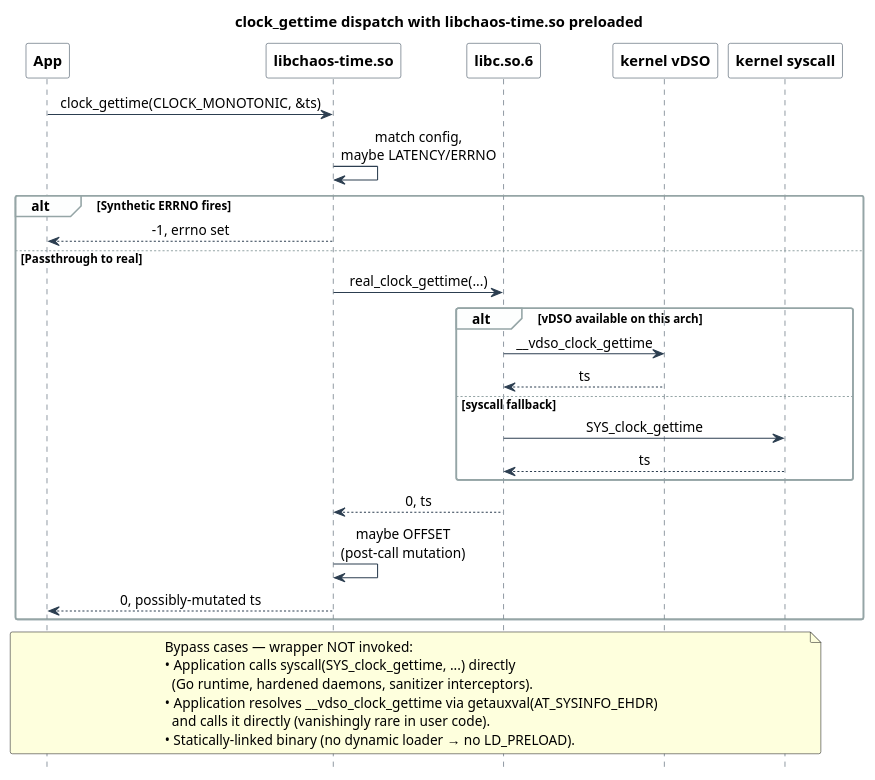
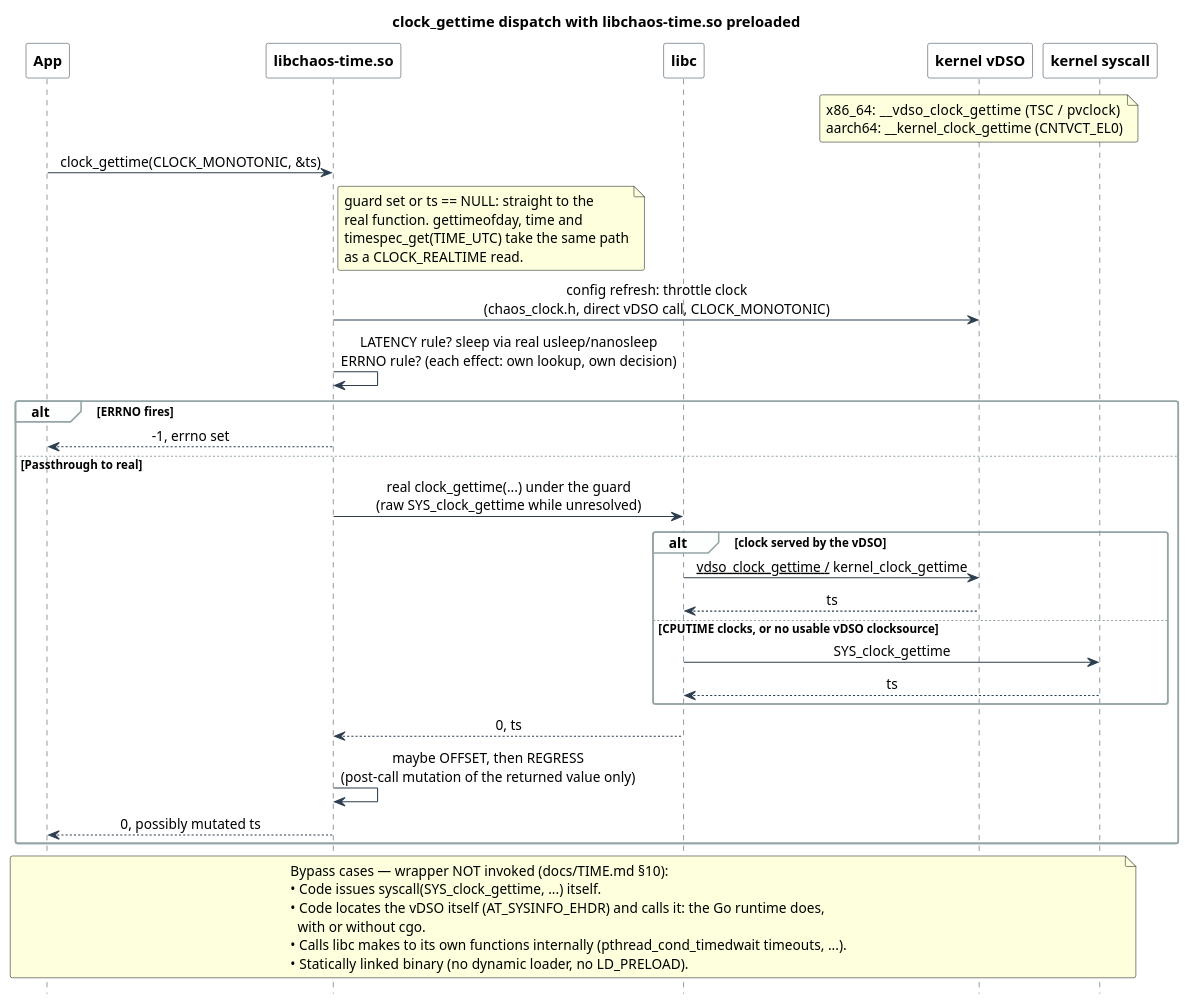
One commit to macstab/macstab-chaos-testing-libraries changed the diagram in docs/diagrams/vdso.puml. Above: the diagram before and after it, drawn with PlantUML. The commit also changed 14 other files, not shown here.

Commit message:
docs: rewrite architecture, safety, platform and engineering docs; redraw diagrams

```diff
--- a/docs/diagrams/vdso.puml
+++ b/docs/diagrams/vdso.puml
@@ -1,68 +1,82 @@
 @startuml vdso
 '
 ' Engineered by  Christian Schnapka
 '                Embedded Principal+ Engineer
 '                Macstab GmbH · Hamburg, Germany
 '                https://macstab.com
 '
 ' clock_gettime(2) dispatch with libchaos-time.so preloaded.
 '
-' Key fact: the vDSO is invoked INSIDE glibc, downstream of our wrapper.
-' Our interposition stays intact for the common case.
+' Key fact: libc calls the vDSO INSIDE its own clock_gettime, downstream
+' of the wrapper, so the wrapper decides before and mutates after.
+' The libraries' own clocks (rule-file throttle, @from/@until) call the
+' vDSO directly and are therefore outside libchaos-time's reach.
 '
-' Reference: docs/PLATFORM.md §5.2
-'             docs/TIME.md §"Bypass surfaces"
-'             vdso(7) Linux man-pages
+' Reference: docs/PLATFORM.md §5, docs/TIME.md §2 and §10
+'            src/time/chaos_time_hooks.c, src/common/chaos_clock.h
+'            vdso(7) Linux man-pages
 '
 title clock_gettime dispatch with libchaos-time.so preloaded
 
 skinparam sequenceMessageAlign center
 skinparam shadowing false
 skinparam roundCorner 4
 skinparam sequence {
   ArrowColor                 #2C3E50
   LifeLineBorderColor        #2C3E50
   LifeLineBackgroundColor    #ECF0F1
   ParticipantBorderColor     #2C3E50
   ParticipantBackgroundColor #FFFFFF
   ParticipantFontStyle       bold
   GroupBackgroundColor       #FDFEFE
   GroupBorderColor           #95A5A6
 }
 hide footbox
 
 participant App
 participant "libchaos-time.so" as Wrapper
-participant "libc.so.6"        as Glibc
+participant "libc"             as Glibc
 participant "kernel vDSO"      as Vdso
 participant "kernel syscall"   as Kernel
 
+note over Vdso
+  x86_64:  __vdso_clock_gettime   (TSC / pvclock)
+  aarch64: __kernel_clock_gettime (CNTVCT_EL0)
+end note
+
 App     ->  Wrapper : clock_gettime(CLOCK_MONOTONIC, &ts)
-Wrapper ->  Wrapper : match config,\nmaybe LATENCY/ERRNO
+note right of Wrapper
+  guard set or ts == NULL: straight to the
+  real function. gettimeofday, time and
+  timespec_get(TIME_UTC) take the same path
+  as a CLOCK_REALTIME read.
+end note
+Wrapper ->  Vdso    : config refresh: throttle clock\n(chaos_clock.h, direct vDSO call, CLOCK_MONOTONIC)
+Wrapper ->  Wrapper : LATENCY rule? sleep via real usleep/nanosleep\nERRNO rule? (each effect: own lookup, own decision)
 
-alt Synthetic ERRNO fires
+alt ERRNO fires
     Wrapper --> App : -1, errno set
 else Passthrough to real
-    Wrapper ->  Glibc  : real_clock_gettime(...)
-    alt vDSO available on this arch
-        Glibc -> Vdso   : __vdso_clock_gettime
+    Wrapper ->  Glibc  : real clock_gettime(...) under the guard\n(raw SYS_clock_gettime while unresolved)
+    alt clock served by the vDSO
+        Glibc -> Vdso   : __vdso_clock_gettime / __kernel_clock_gettime
         Vdso  --> Glibc : ts
-    else syscall fallback
+    else CPUTIME clocks, or no usable vDSO clocksource
         Glibc -> Kernel : SYS_clock_gettime
         Kernel --> Glibc: ts
     end
     Glibc   --> Wrapper : 0, ts
-    Wrapper ->  Wrapper : maybe OFFSET\n(post-call mutation)
-    Wrapper --> App     : 0, possibly-mutated ts
+    Wrapper ->  Wrapper : maybe OFFSET, then REGRESS\n(post-call mutation of the returned value only)
+    Wrapper --> App     : 0, possibly mutated ts
 end
 
 note across
-  Bypass cases — wrapper NOT invoked:
-  • Application calls syscall(SYS_clock_gettime, ...) directly
-    (Go runtime, hardened daemons, sanitizer interceptors).
-  • Application resolves __vdso_clock_gettime via getauxval(AT_SYSINFO_EHDR)
-    and calls it directly (vanishingly rare in user code).
-  • Statically-linked binary (no dynamic loader → no LD_PRELOAD).
+  Bypass cases — wrapper NOT invoked (docs/TIME.md §10):
+  • Code issues syscall(SYS_clock_gettime, ...) itself.
+  • Code locates the vDSO itself (AT_SYSINFO_EHDR) and calls it: the Go runtime does,
+    with or without cgo.
+  • Calls libc makes to its own functions internally (pthread_cond_timedwait timeouts, ...).
+  • Statically linked binary (no dynamic loader, no LD_PRELOAD).
 end note
 
 @enduml
```
